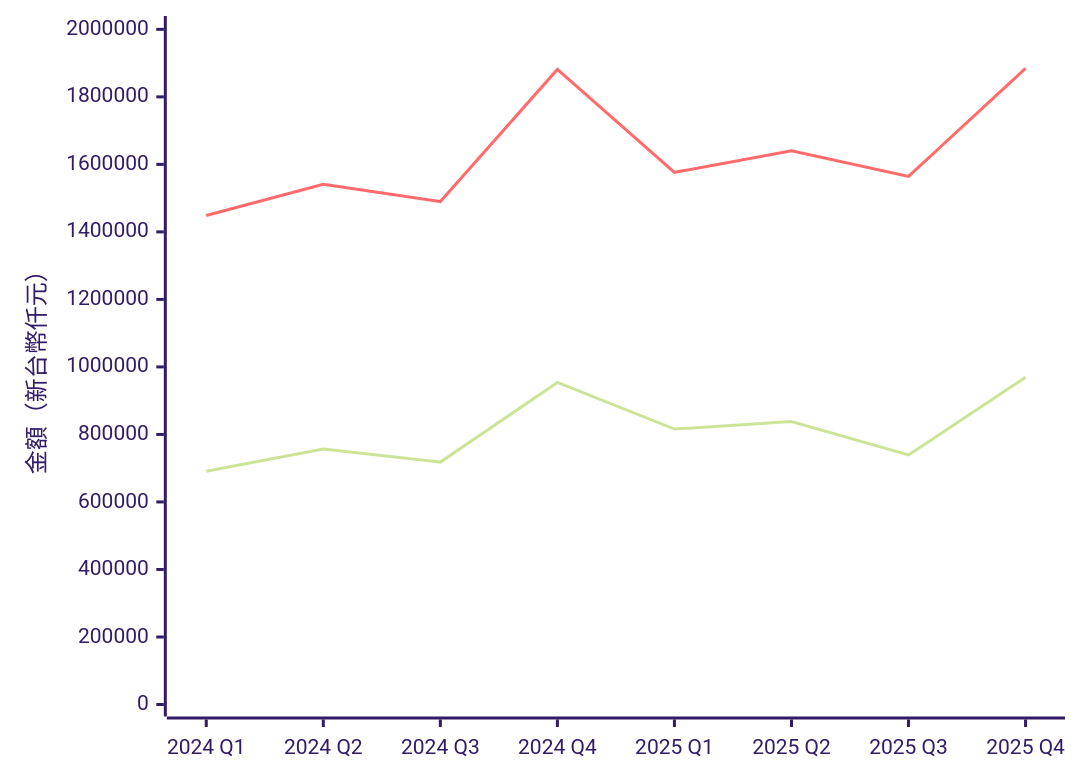
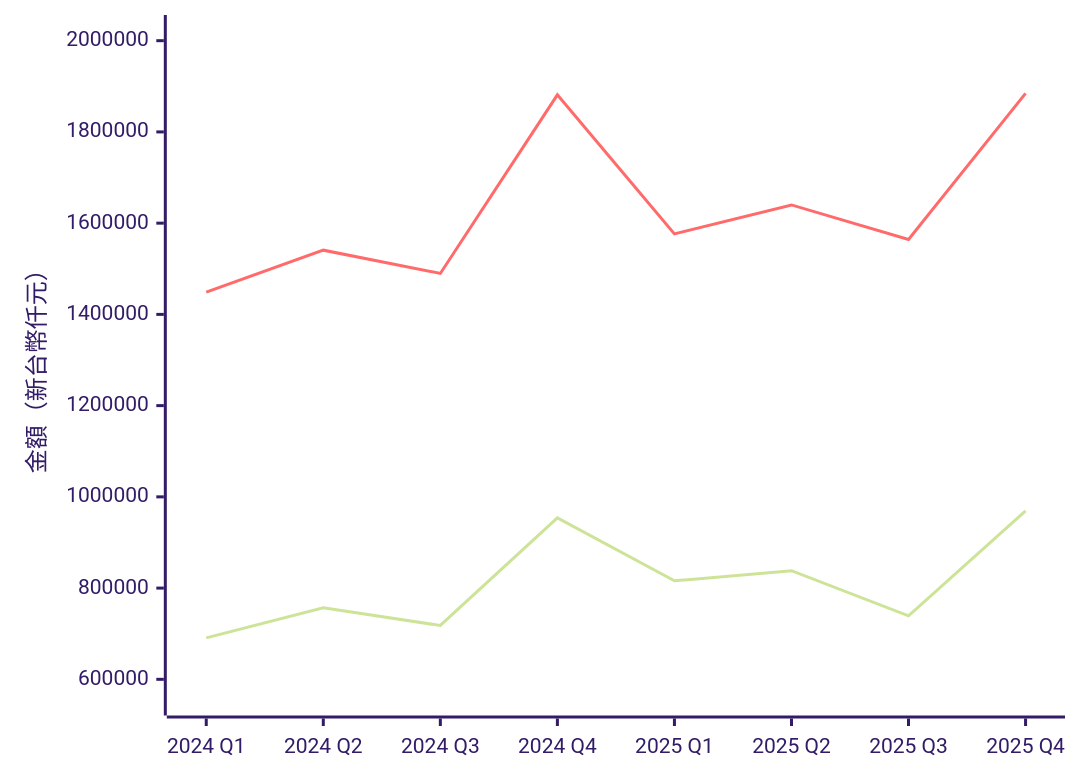
The ninth of 19 diagrams in content/台灣零售與電商競爭分析.md (jyuny1/blog), drawn with Mermaid (forest theme) before and after one commit. The commit also changed other lines of this file, not shown here.

````diff
--- a/content/台灣零售與電商競爭分析.md
+++ b/content/台灣零售與電商競爭分析.md
@@ -130,7 +130,7 @@
 ```mermaid
 xychart-beta
     x-axis ["2024 Q1", "2024 Q2", "2024 Q3", "2024 Q4", "2025 Q1", "2025 Q2", "2025 Q3", "2025 Q4"]
-    y-axis "金額（新台幣仟元）" 0 --> 2003988
+    y-axis "金額（新台幣仟元）" 547000 --> 2030000
     line [690761, 757057, 718038, 954063, 815919, 838194, 739132, 969225]
     line [1448717, 1540771, 1489736, 1881345, 1576388, 1639945, 1564209, 1884604]
 ```
````
